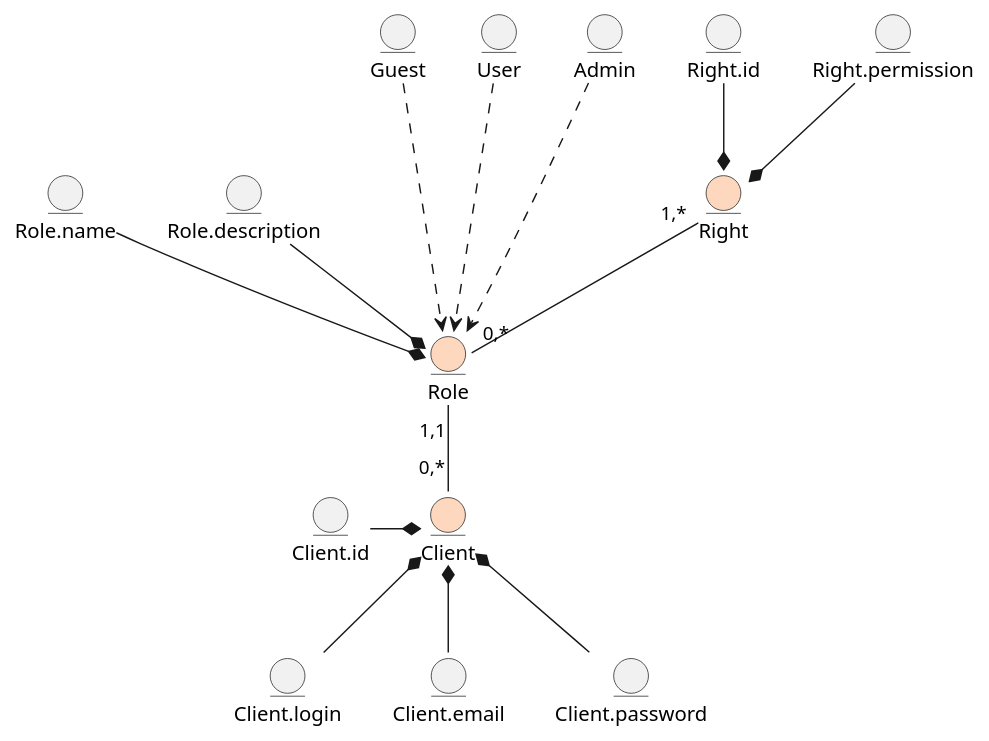
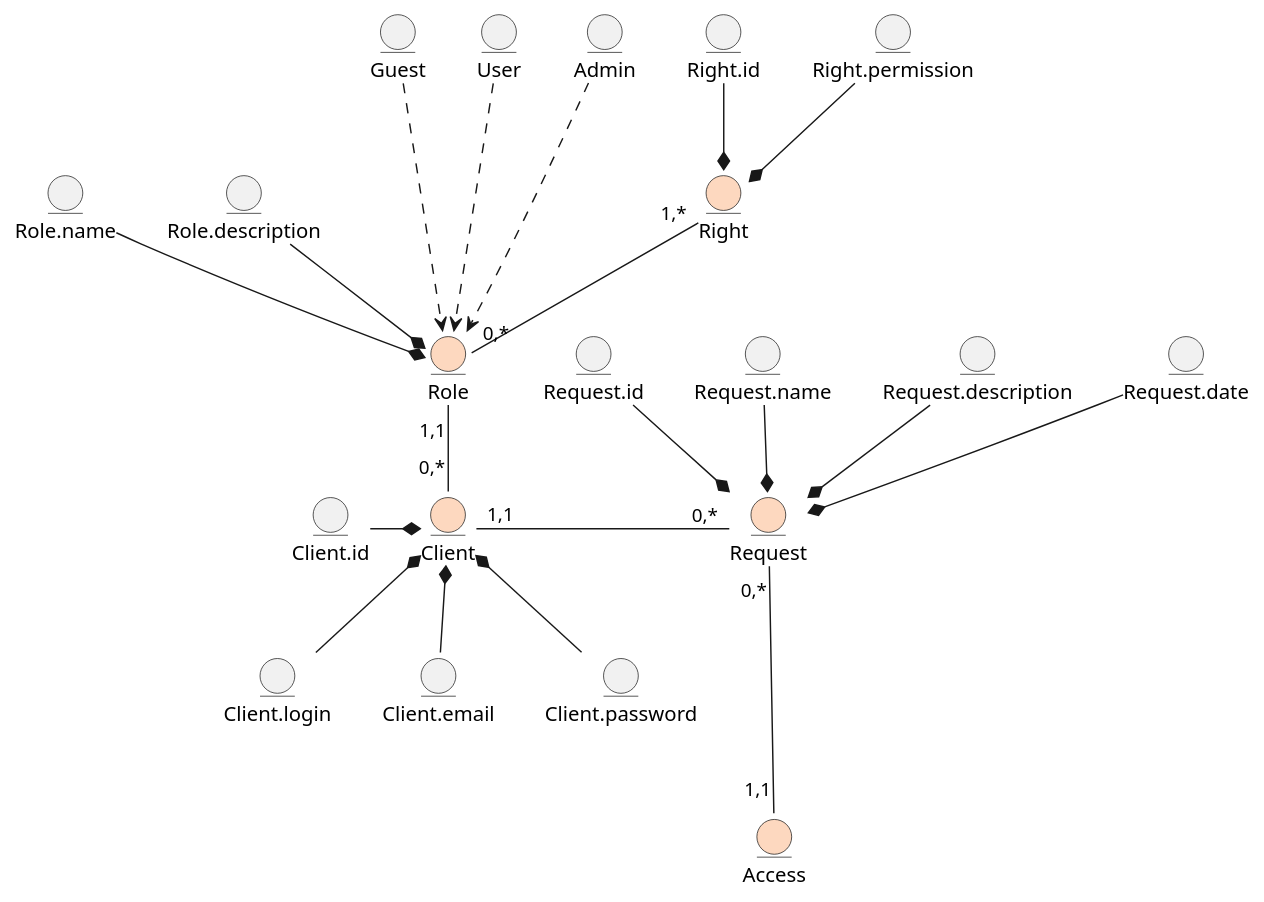
The diagram in docs/design/README.md (nonGratis/retarder-io-23-3), drawn with PlantUML before and after one commit.

Commit message:
add Request and Access for Client to UML in BM

````diff
--- a/docs/design/README.md
+++ b/docs/design/README.md
@@ -5,40 +5,56 @@
 ```plantuml
 @startuml
 
 entity Client #fdd8bf
   entity Client.id
   entity Client.login
   entity Client.email
   entity Client.password
 
   Client.id -r-* Client
   Client.login -u-* Client
   Client.email -u-* Client
   Client.password -u-* Client
 
 entity Role #fdd8bf
   entity Role.name
   entity Role.description
 
   Role.name --* Role
   Role.description --* Role
 
   entity Guest
   entity User
   entity Admin
 
   Guest ...> Role
   User ...> Role
   Admin ...> Role
 
 entity Right #fdd8bf
   entity Right.id
   entity Right.permission
 
   Right.id --* Right
   Right.permission --* Right
 
+entity Request #fdd8bf
+  entity Request.id
+  entity Request.name
+  entity Request.description
+  entity Request.date
+ 
+  Request.id --* Request
+  Request.name --* Request
+  Request.description --* Request
+  Request.date --* Request
+
+entity Access #fdd8bf
+
+
 Right "1,*"--"0,*" Role
 Role "1,1"--"0,*" Client
+Client "1,1"-r-"0,*" Request
+Request "0,*"---"1,1" Access
 @enduml
 ```
````
